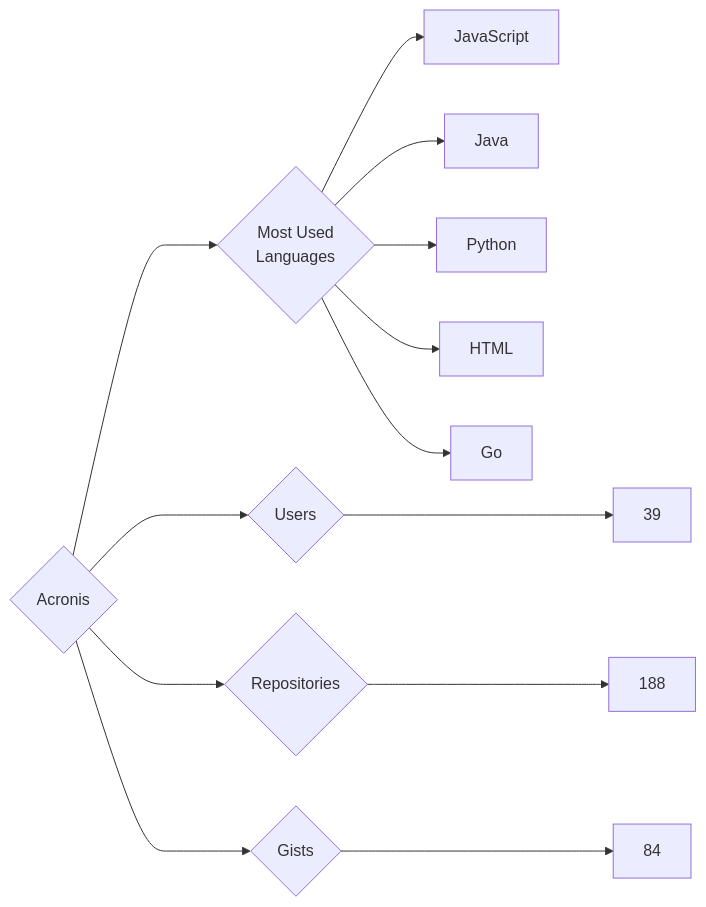
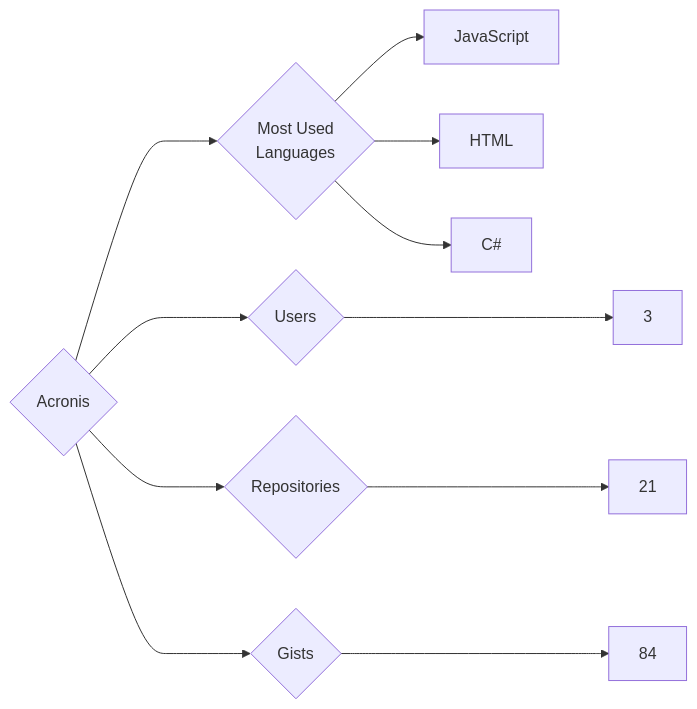
The diagram in targets/Acronis/README.md (trickest/insiders), drawn with Mermaid before and after one commit. The commit also changed 736 other files, not shown here.

````diff
--- a/targets/Acronis/README.md
+++ b/targets/Acronis/README.md
@@ -3,13 +3,11 @@
 ```mermaid
 graph LR
 COMPANY_NAME{Acronis}
-COMPANY_NAME ---> U{Users} ---> UN[39]
-COMPANY_NAME ---> R{Repositories} ---> RN[188]
+COMPANY_NAME ---> U{Users} ---> UN[3]
+COMPANY_NAME ---> R{Repositories} ---> RN[21]
 COMPANY_NAME ---> G{Gists} ---> GN[84]
 COMPANY_NAME ---> ML{Most Used<br>Languages}
 ML --> JavaScript[JavaScript]
-ML --> Java[Java]
-ML --> Python[Python]
 ML --> HTML[HTML]
-ML --> Go[Go]
+ML --> C#[C#]
 ```
````
